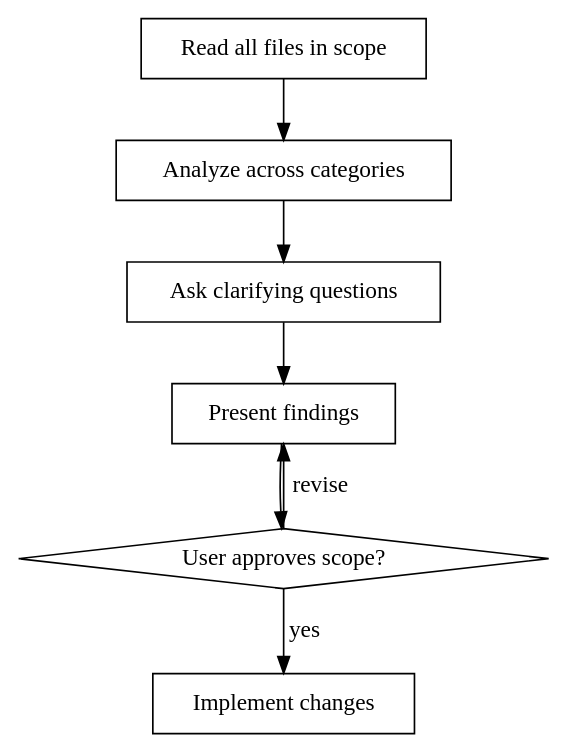
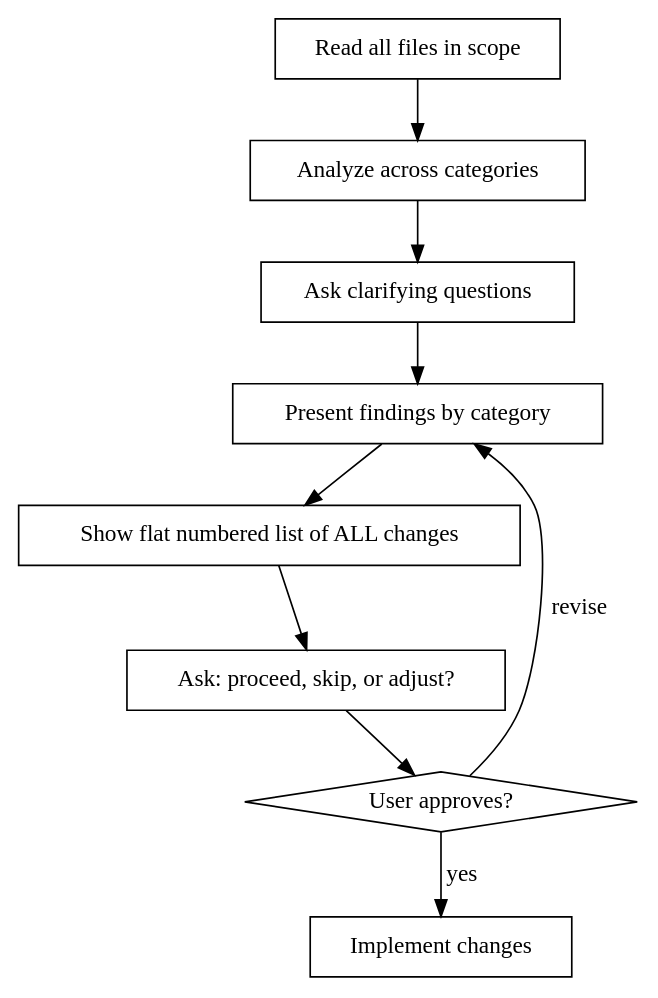
One commit to keybase/client changed the diagram in skill/simplify-ui-section/SKILL.md. Above: the diagram before and after it, drawn with Graphviz. The commit also changed other lines of this file and 6 other files, not shown here.

````diff
--- a/skill/simplify-ui-section/SKILL.md
+++ b/skill/simplify-ui-section/SKILL.md
@@ -16,17 +16,21 @@
 ```dot
 digraph simplify {
     "Read all files in scope" [shape=box];
     "Analyze across categories" [shape=box];
     "Ask clarifying questions" [shape=box];
-    "Present findings" [shape=box];
-    "User approves scope?" [shape=diamond];
+    "Present findings by category" [shape=box];
+    "Show flat numbered list of ALL changes" [shape=box];
+    "Ask: proceed, skip, or adjust?" [shape=box];
+    "User approves?" [shape=diamond];
     "Implement changes" [shape=box];
 
     "Read all files in scope" -> "Analyze across categories";
     "Analyze across categories" -> "Ask clarifying questions";
-    "Ask clarifying questions" -> "Present findings";
-    "Present findings" -> "User approves scope?" ;
-    "User approves scope?" -> "Implement changes" [label="yes"];
-    "User approves scope?" -> "Present findings" [label="revise"];
+    "Ask clarifying questions" -> "Present findings by category";
+    "Present findings by category" -> "Show flat numbered list of ALL changes";
+    "Show flat numbered list of ALL changes" -> "Ask: proceed, skip, or adjust?";
+    "Ask: proceed, skip, or adjust?" -> "User approves?" ;
+    "User approves?" -> "Implement changes" [label="yes"];
+    "User approves?" -> "Present findings by category" [label="revise"];
 }
 ```
````
